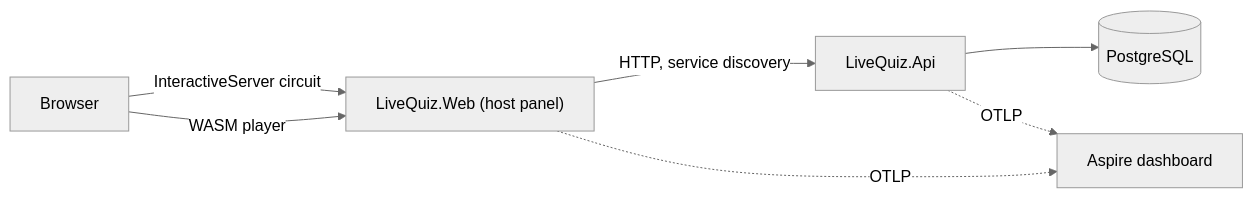
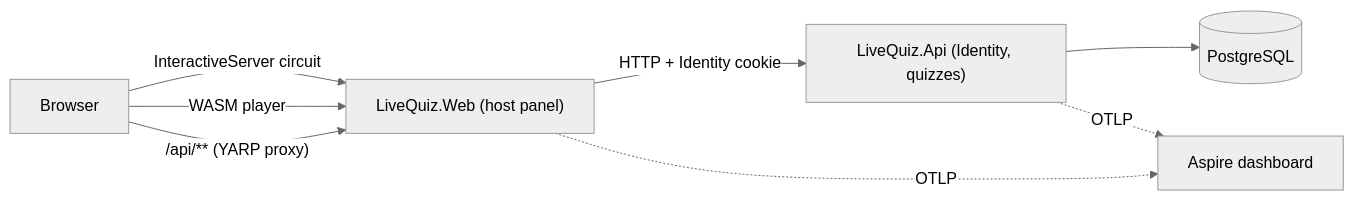
Before and after one commit to 0furkancolak/livequiz: the diagram in docs/architecture.md, drawn with Mermaid (neutral theme). The commit also changed other lines of this file and 3 other files, not shown here.

````diff
--- a/docs/architecture.md
+++ b/docs/architecture.md
@@ -5,9 +5,10 @@
 ```mermaid
 flowchart LR
     Browser["Browser"] -->|InteractiveServer circuit| Web["LiveQuiz.Web (host panel)"]
     Browser -->|WASM player| Web
-    Web -->|HTTP, service discovery| Api["LiveQuiz.Api"]
+    Browser -->|"/api/** (YARP proxy)"| Web
+    Web -->|"HTTP + Identity cookie"| Api["LiveQuiz.Api (Identity, quizzes)"]
     Api --> PG[("PostgreSQL")]
     Api -. OTLP .-> Dash["Aspire dashboard"]
     Web -. OTLP .-> Dash
 ```
````
